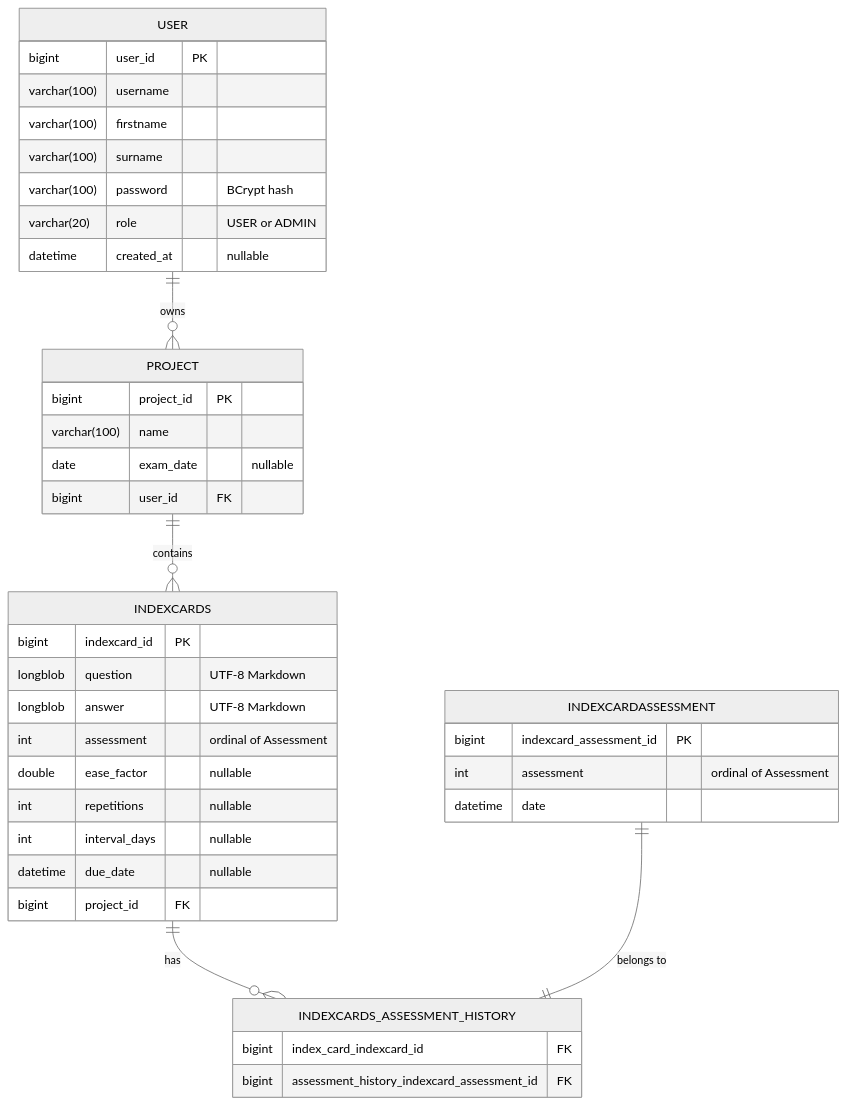
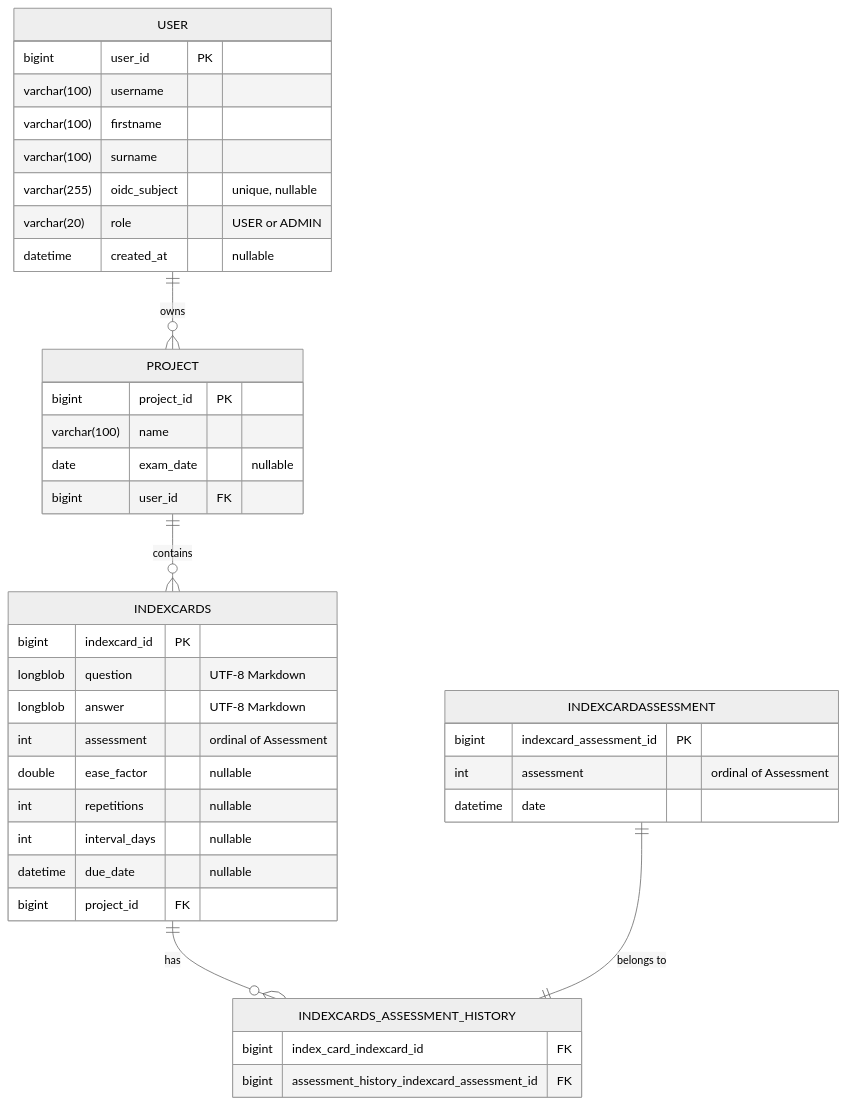
The diagram in indexcards-docu/docs/database.md (7ubi/indexcards), drawn with Mermaid (neutral theme) before and after one commit. The commit also changed other lines of this file and 104 other files, not shown here.

````diff
--- a/indexcards-docu/docs/database.md
+++ b/indexcards-docu/docs/database.md
@@ -7,43 +7,43 @@
 ```mermaid
 erDiagram
     USER ||--o{ PROJECT : owns
     PROJECT ||--o{ INDEXCARDS : contains
     INDEXCARDS ||--o{ INDEXCARDS_ASSESSMENT_HISTORY : has
     INDEXCARDASSESSMENT ||--|| INDEXCARDS_ASSESSMENT_HISTORY : "belongs to"
 
     USER {
         bigint user_id PK
         varchar(100) username
         varchar(100) firstname
         varchar(100) surname
-        varchar(100) password "BCrypt hash"
+        varchar(255) oidc_subject "unique, nullable"
         varchar(20) role "USER or ADMIN"
         datetime created_at "nullable"
     }
     PROJECT {
         bigint project_id PK
         varchar(100) name
         date exam_date "nullable"
         bigint user_id FK
     }
     INDEXCARDS {
         bigint indexcard_id PK
         longblob question "UTF-8 Markdown"
         longblob answer "UTF-8 Markdown"
         int assessment "ordinal of Assessment"
         double ease_factor "nullable"
         int repetitions "nullable"
         int interval_days "nullable"
         datetime due_date "nullable"
         bigint project_id FK
     }
     INDEXCARDASSESSMENT {
         bigint indexcard_assessment_id PK
         int assessment "ordinal of Assessment"
         datetime date
     }
     INDEXCARDS_ASSESSMENT_HISTORY {
         bigint index_card_indexcard_id FK
         bigint assessment_history_indexcard_assessment_id FK
     }
 ```
````
